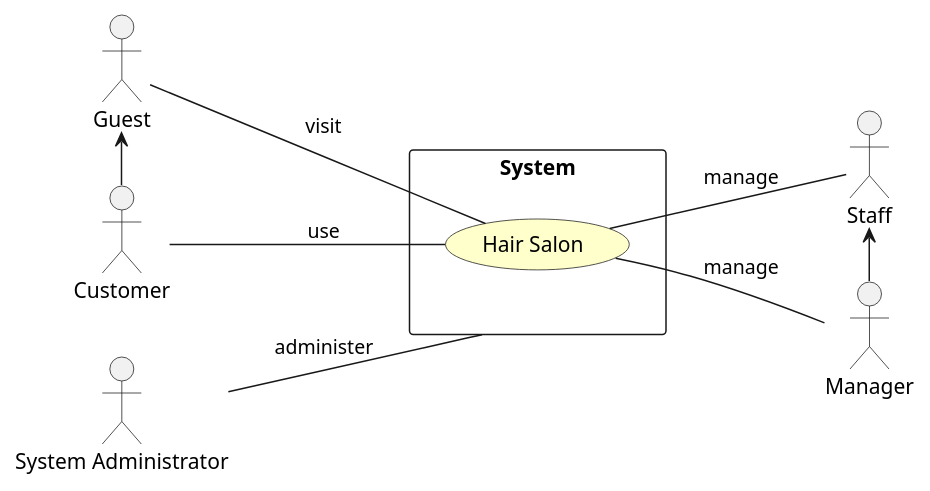
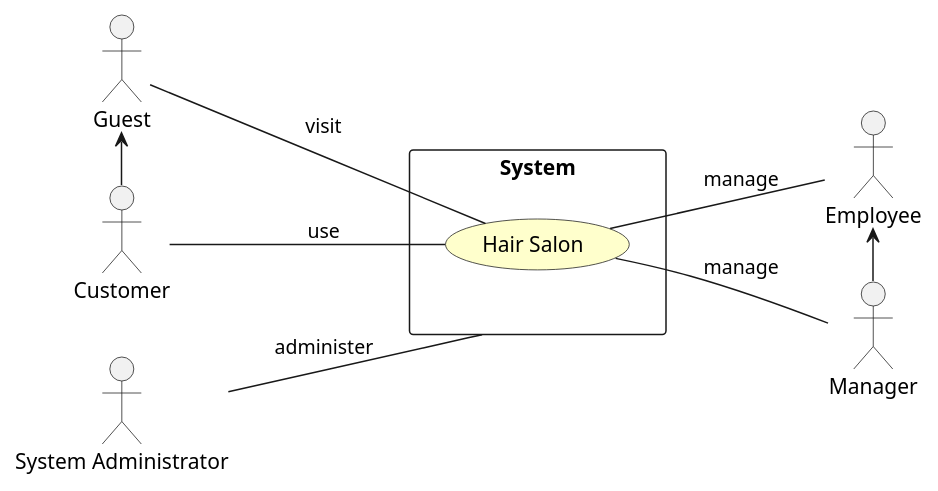
Before and after one commit to tozydev/virgo-14: the first of 9 diagrams in docs/software-specs.md, drawn with PlantUML. The commit also changed other lines of this file and 3 other files, not shown here.

Commit message:
docs: change Staff term to Employee term

````diff
--- a/docs/software-specs.md
+++ b/docs/software-specs.md
@@ -88,40 +88,40 @@
 ```plantuml
 '| fig-cap: Biểu đồ mô hình hóa các tác nhân
 @startuml
 
 skinparam usecase {
   BackgroundColor BUSINESS
 }
 
 skinparam note {
   BackgroundColor LightSkyBlue
 }
 
 left to right direction
 
 actor Guest
 actor Customer
 
 Guest <-right- Customer
 
 rectangle System {
   usecase "Hair Salon" as UC
 }
 
 Guest -- UC: visit
 Customer -- UC: use
 
 
-actor Staff
+actor Employee
 actor Manager
-Staff <-right- Manager
+Employee <-right- Manager
 
-Staff -up- UC: manage
+Employee -up- UC: manage
 Manager -up- UC: manage
 
 actor "System Administrator" as AD
 
 AD -d- System: administer
 
 @enduml
 ```
````
